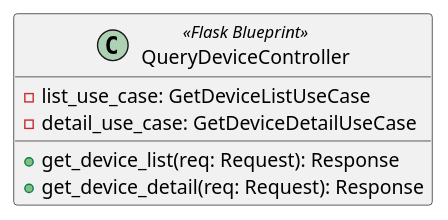
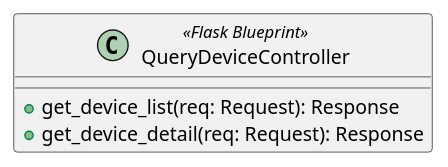
One commit to GroupRubberDuck/Documentazione changed the diagram in src/PB/DocumentazioneEsterna/Specifica_Tecnica/content/uml/puml/Diagrammi_classi/Backend/InboundAdapters/QueryDeviceController.puml. Above: the diagram before and after it, drawn with PlantUML. The commit also changed 74 other files, not shown here.

Commit message:
Feat: applicate correzioni a tutti i diagrammi con le indicazioni di Cardin, riordino cartella

```diff
--- a/src/PB/DocumentazioneEsterna/Specifica_Tecnica/content/uml/puml/Diagrammi_classi/Backend/InboundAdapters/QueryDeviceController.puml
+++ b/src/PB/DocumentazioneEsterna/Specifica_Tecnica/content/uml/puml/Diagrammi_classi/Backend/InboundAdapters/QueryDeviceController.puml
@@ -1,11 +1,8 @@
 @startuml QueryDeviceController
 
 class QueryDeviceController <<Flask Blueprint>> {
-    - list_use_case: GetDeviceListUseCase
-    - detail_use_case: GetDeviceDetailUseCase
-
     + get_device_list(req: Request): Response
     + get_device_detail(req: Request): Response
 }
 
 @enduml
```
